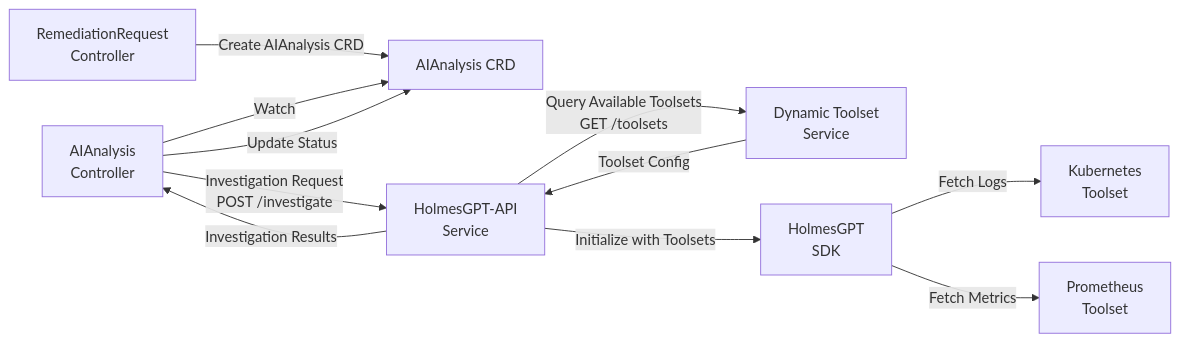
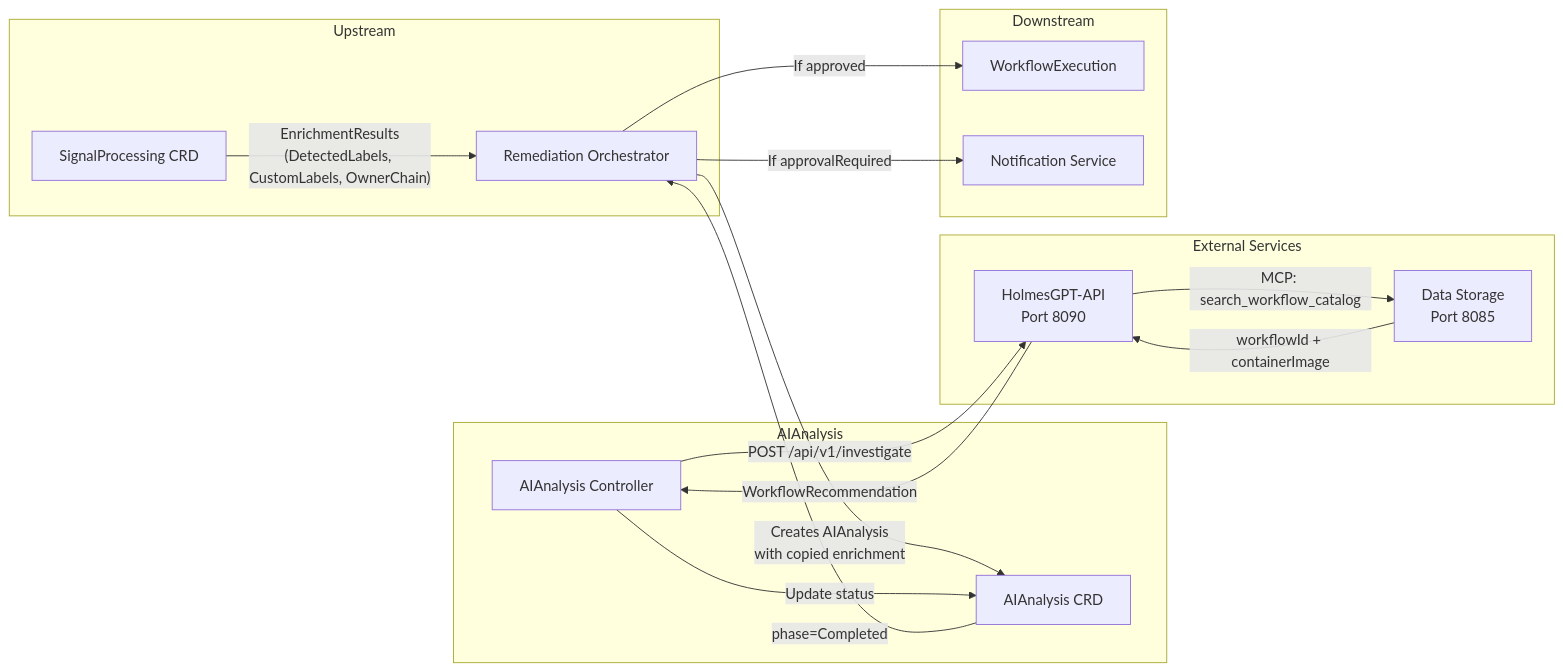
Before and after one commit to jordigilh/kubernaut: the diagram in docs/services/crd-controllers/02-aianalysis/integration-points.md, drawn with Mermaid. The commit also changed other lines of this file and 60 other files, not shown here.

````diff
--- a/docs/services/crd-controllers/02-aianalysis/integration-points.md
+++ b/docs/services/crd-controllers/02-aianalysis/integration-points.md
@@ -20,13 +23,33 @@
 ```mermaid
 graph LR
-    AR[RemediationRequest<br/>Controller] -->|Create AIAnalysis CRD| AIA[AIAnalysis CRD]
-    AIC[AIAnalysis<br/>Controller] -->|Watch| AIA
-    AIC -->|Investigation Request<br/>POST /investigate| HAPI[HolmesGPT-API<br/>Service]
-    HAPI -->|Query Available Toolsets<br/>GET /toolsets| DTS[Dynamic Toolset<br/>Service]
-    DTS -->|Toolset Config| HAPI
-    HAPI -->|Initialize with Toolsets| HGPT[HolmesGPT<br/>SDK]
-    HGPT -->|Fetch Logs| K8S[Kubernetes<br/>Toolset]
-    HGPT -->|Fetch Metrics| PROM[Prometheus<br/>Toolset]
-    HAPI -->|Investigation Results| AIC
-    AIC -->|Update Status| AIA
+    subgraph "Upstream"
+        SP[SignalProcessing CRD]
+        RO[Remediation Orchestrator]
+    end
+
+    subgraph "AIAnalysis"
+        AIA[AIAnalysis CRD]
+        CTRL[AIAnalysis Controller]
+    end
+
+    subgraph "External Services"
+        HAPI[HolmesGPT-API<br/>Port 8090]
+        DS[Data Storage<br/>Port 8085]
+    end
+
+    subgraph "Downstream"
+        WE[WorkflowExecution]
+        NOT[Notification Service]
+    end
+
+    SP -->|"EnrichmentResults<br/>(DetectedLabels, CustomLabels, OwnerChain)"| RO
+    RO -->|"Creates AIAnalysis<br/>with copied enrichment"| AIA
+    CTRL -->|"POST /api/v1/investigate"| HAPI
+    HAPI -->|"MCP: search_workflow_catalog"| DS
+    DS -->|"workflowId + containerImage"| HAPI
+    HAPI -->|"WorkflowRecommendation"| CTRL
+    CTRL -->|"Update status"| AIA
+    AIA -->|"phase=Completed"| RO
+    RO -->|"If approved"| WE
+    RO -->|"If approvalRequired"| NOT
 ```
````
